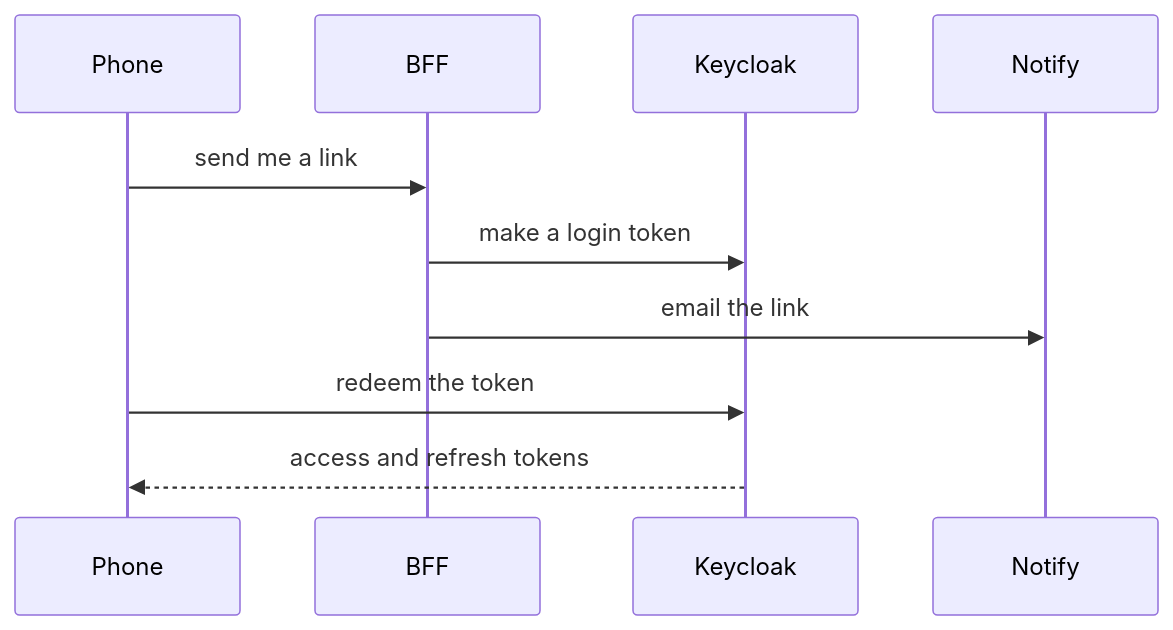
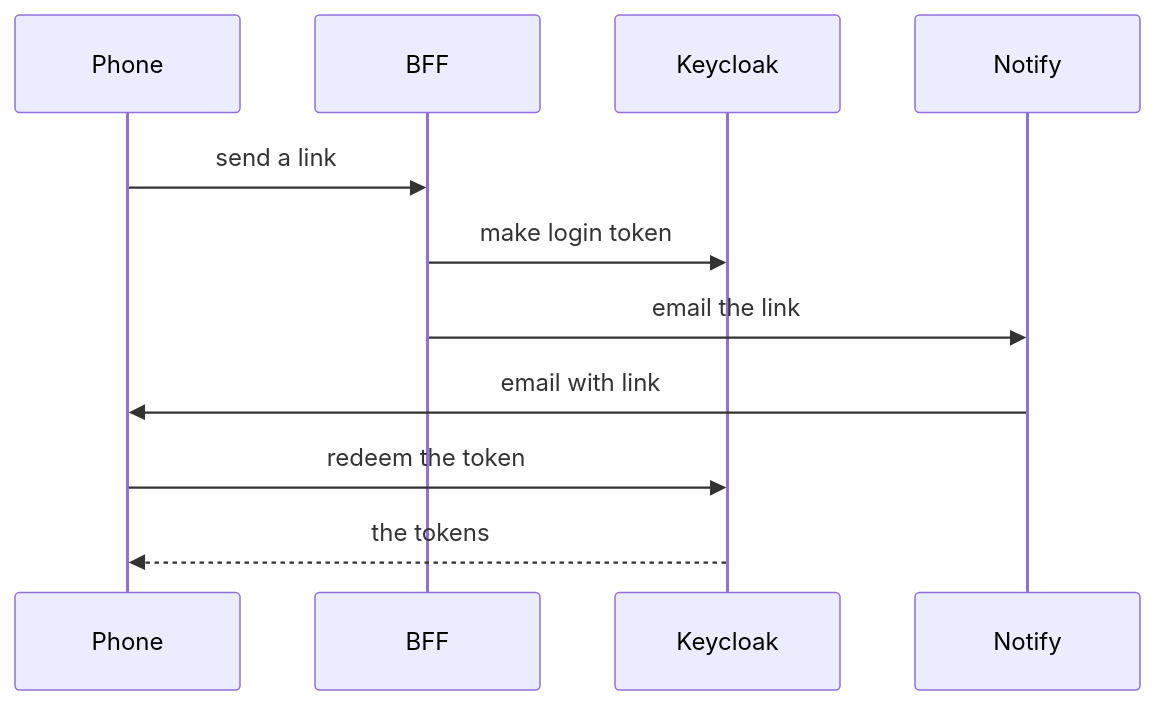
Before and after one commit to ravialdyh/my-money-recap-monorepo: the first of 2 diagrams in infra/README.md, drawn with Mermaid. The commit also changed other lines of this file and 28 other files, not shown here.

````diff
--- a/infra/README.md
+++ b/infra/README.md
@@ -20,12 +20,13 @@
 ```mermaid
 sequenceDiagram
     participant Phone
     participant BFF
     participant Keycloak
     participant Notify
-    Phone->>BFF: send me a link
-    BFF->>Keycloak: make a login token
+    Phone->>BFF: send a link
+    BFF->>Keycloak: make login token
     BFF->>Notify: email the link
+    Notify->>Phone: email with link
     Phone->>Keycloak: redeem the token
-    Keycloak-->>Phone: access and refresh tokens
+    Keycloak-->>Phone: the tokens
 ```
````
